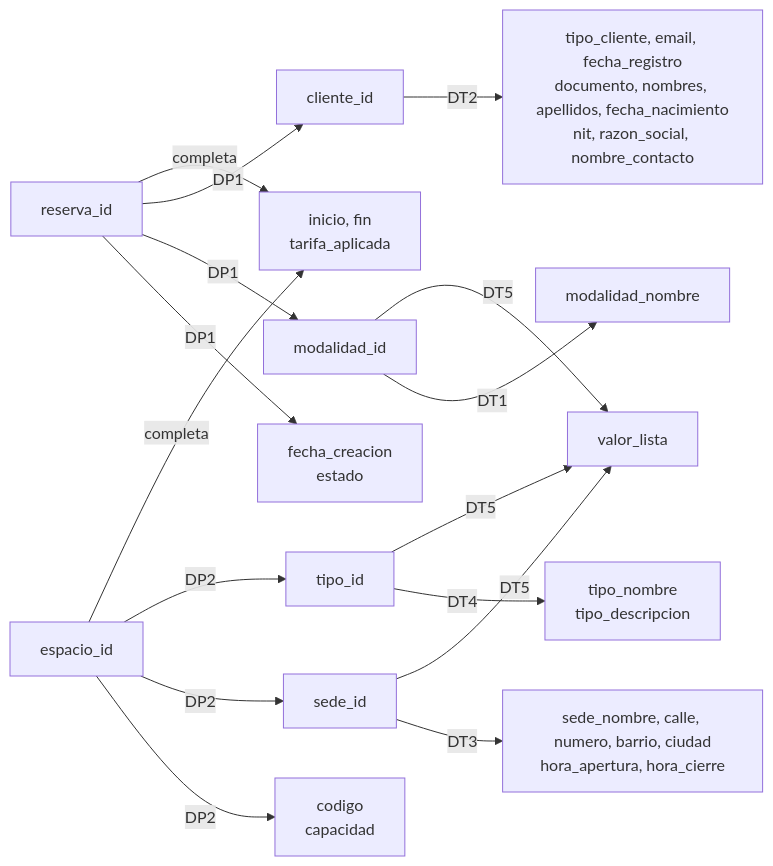
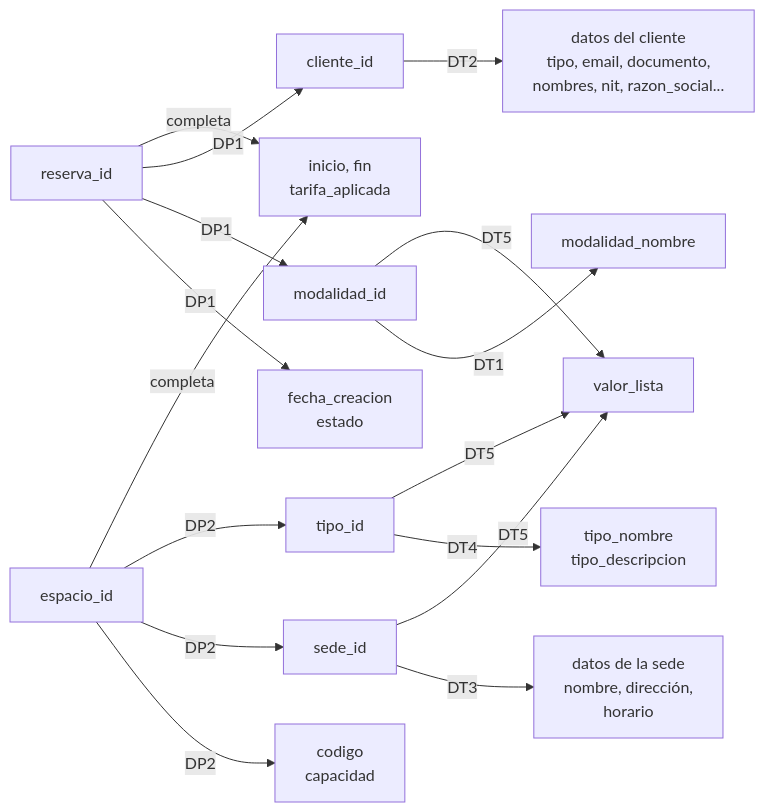
Before and after one commit to marianacuadrosar/proyecto-bases-datos-coworking: the diagram in docs/avance/06_normalizacion.md, drawn with Mermaid.

Commit message:
Ajuste diagrama normalizacion

````diff
--- a/docs/avance/06_normalizacion.md
+++ b/docs/avance/06_normalizacion.md
@@ -313,20 +313,20 @@
 ```mermaid
 flowchart LR
     R["reserva_id"]
     E["espacio_id"]
     R -- DP1 --> RA["fecha_creacion<br/>estado"]
     R -- DP1 --> MID["modalidad_id"]
     R -- DP1 --> CID["cliente_id"]
     MID -- DT1 --> MN["modalidad_nombre"]
-    CID -- DT2 --> CA["tipo_cliente, email, fecha_registro<br/>documento, nombres, apellidos, fecha_nacimiento<br/>nit, razon_social, nombre_contacto"]
+    CID -- DT2 --> CA["datos del cliente<br/>tipo, email, documento,<br/>nombres, nit, razon_social..."]
     E -- DP2 --> EA["codigo<br/>capacidad"]
     E -- DP2 --> SID["sede_id"]
     E -- DP2 --> TID["tipo_id"]
-    SID -- DT3 --> SA["sede_nombre, calle, numero, barrio, ciudad<br/>hora_apertura, hora_cierre"]
+    SID -- DT3 --> SA["datos de la sede<br/>nombre, dirección,<br/>horario"]
     TID -- DT4 --> TA["tipo_nombre<br/>tipo_descripcion"]
     SID -- DT5 --> VL["valor_lista"]
     TID -- DT5 --> VL
     MID -- DT5 --> VL
     R -- completa --> F["inicio, fin<br/>tarifa_aplicada"]
     E -- completa --> F
 ```
````
